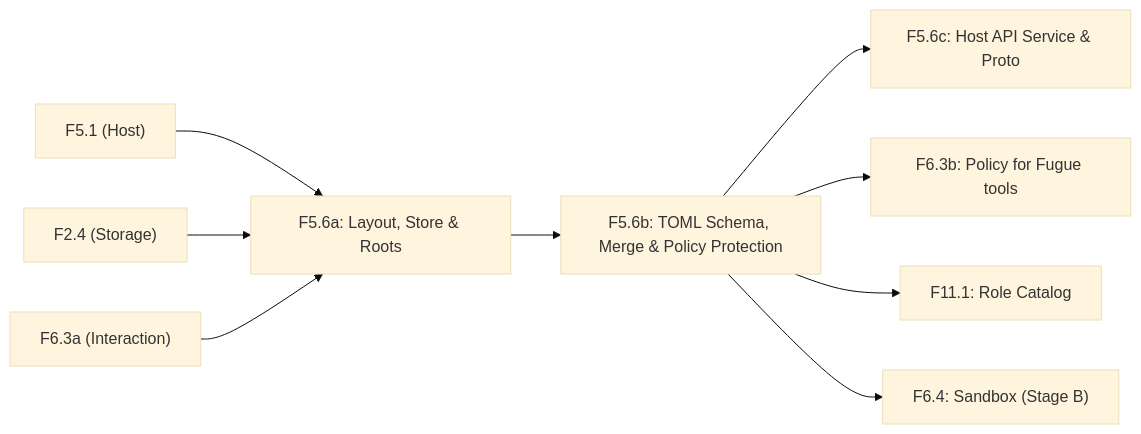
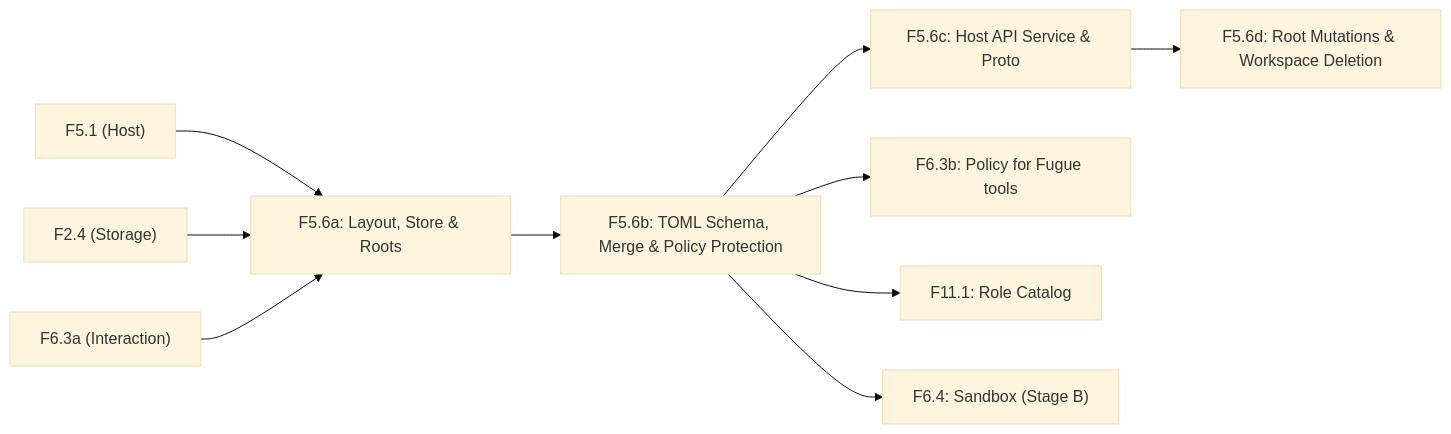
Before and after one commit to syurodev/fugue: the diagram in docs/plans/f5.6-workspace.md, drawn with Mermaid (base theme). The commit also changed other lines of this file and 19 other files, not shown here.

````diff
--- a/docs/plans/f5.6-workspace.md
+++ b/docs/plans/f5.6-workspace.md
@@ -236,11 +235,12 @@
 ```mermaid
 flowchart LR
     F51["F5.1 (Host)"] --> F56a["F5.6a: Layout, Store & Roots"]
     F24["F2.4 (Storage)"] --> F56a
     F63a["F6.3a (Interaction)"] --> F56a
     F56a --> F56b["F5.6b: TOML Schema, Merge & Policy Protection"]
     F56b --> F56c["F5.6c: Host API Service & Proto"]
+    F56c --> F56d["F5.6d: Root Mutations & Workspace Deletion"]
     F56b --> F63b["F6.3b: Policy for Fugue tools"]
     F56b --> F111["F11.1: Role Catalog"]
     F56b --> F64["F6.4: Sandbox (Stage B)"]
 ```
````
